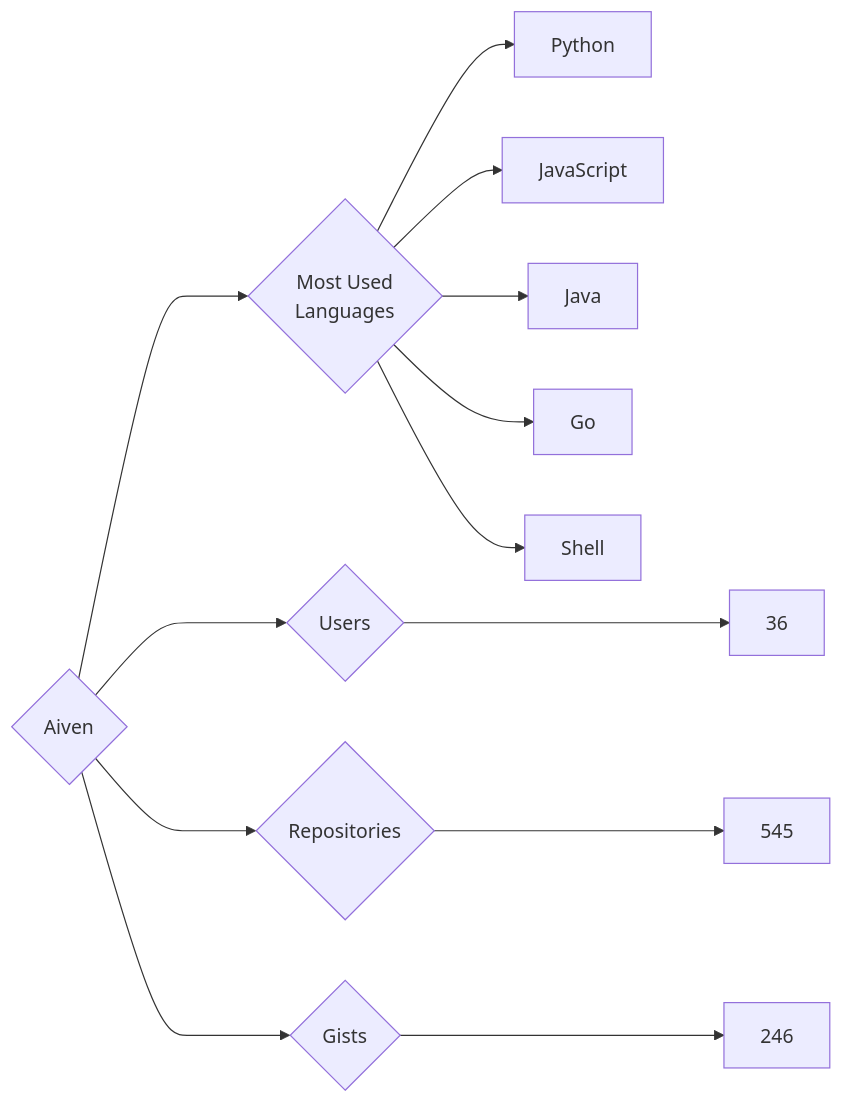
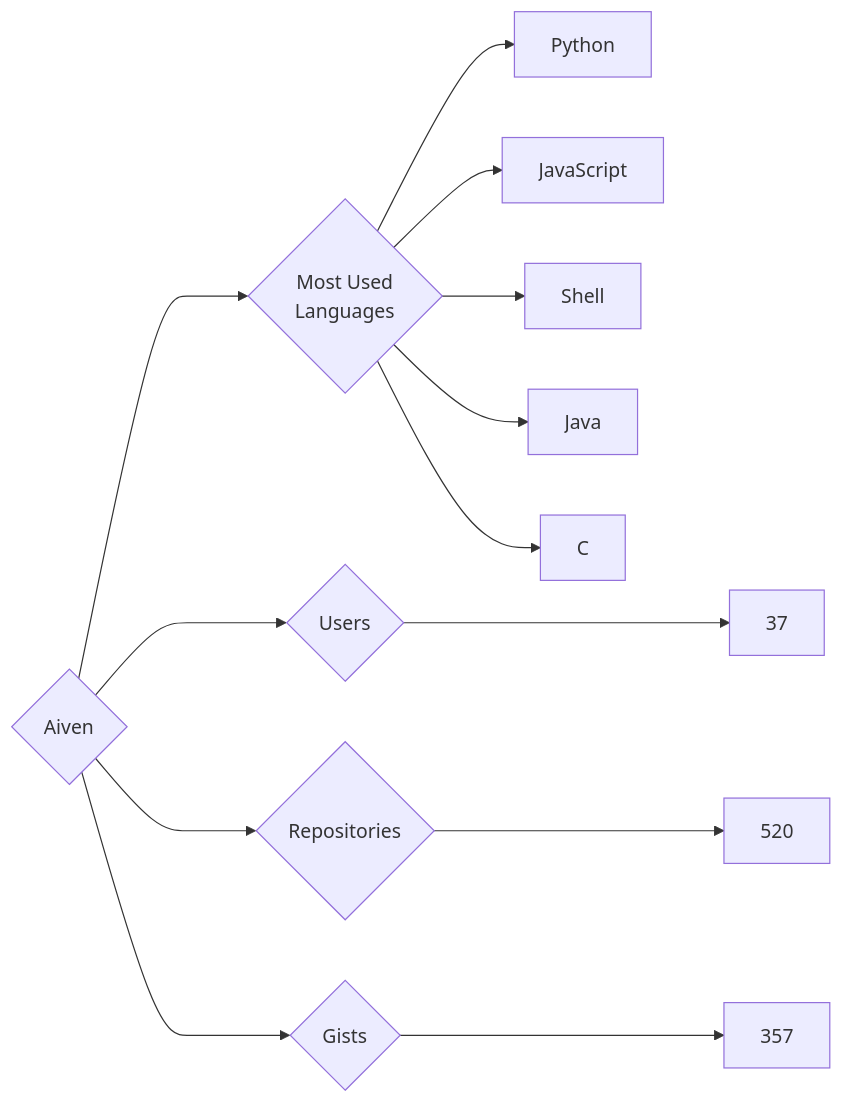
The diagram in targets/Aiven/README.md (trickest/insiders), drawn with Mermaid before and after one commit. The commit also changed 916 other files, not shown here.

````diff
--- a/targets/Aiven/README.md
+++ b/targets/Aiven/README.md
@@ -3,13 +3,13 @@
 ```mermaid
 graph LR
 COMPANY_NAME{Aiven}
-COMPANY_NAME ---> U{Users} ---> UN[36]
-COMPANY_NAME ---> R{Repositories} ---> RN[545]
-COMPANY_NAME ---> G{Gists} ---> GN[246]
+COMPANY_NAME ---> U{Users} ---> UN[37]
+COMPANY_NAME ---> R{Repositories} ---> RN[520]
+COMPANY_NAME ---> G{Gists} ---> GN[357]
 COMPANY_NAME ---> ML{Most Used<br>Languages}
 ML --> Python[Python]
 ML --> JavaScript[JavaScript]
+ML --> Shell[Shell]
 ML --> Java[Java]
-ML --> Go[Go]
-ML --> Shell[Shell]
+ML --> C[C]
 ```
````
